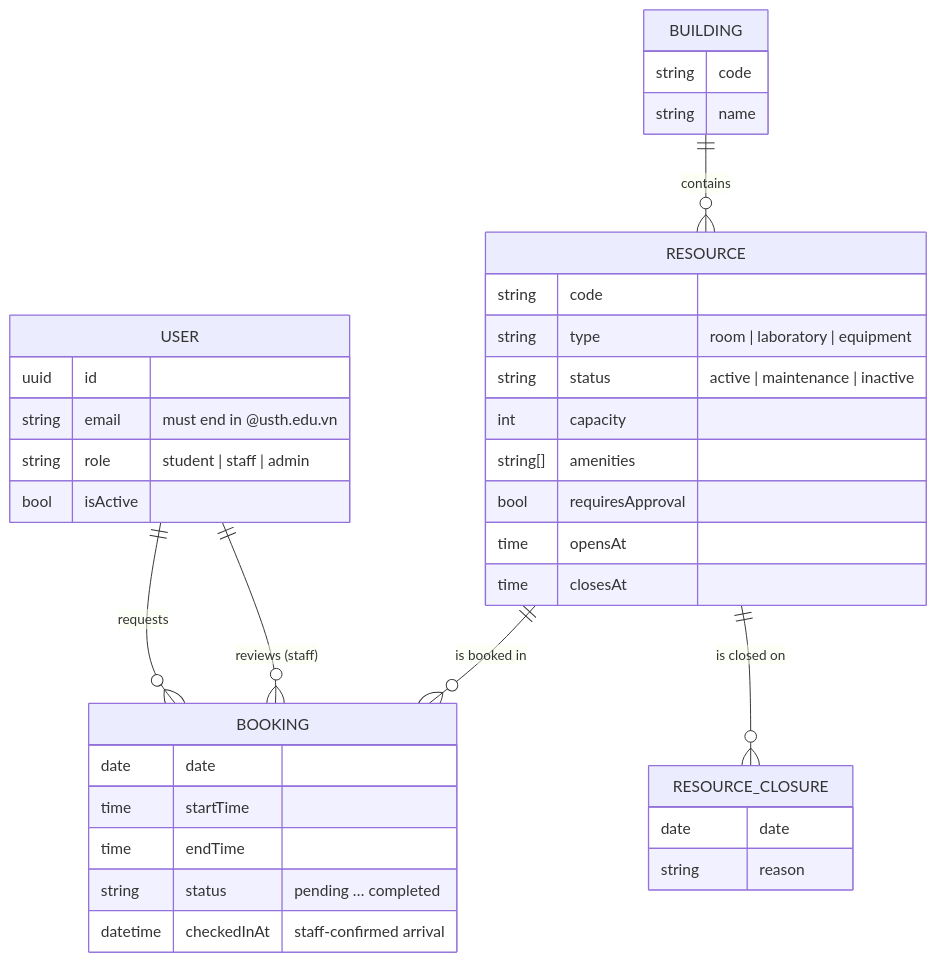
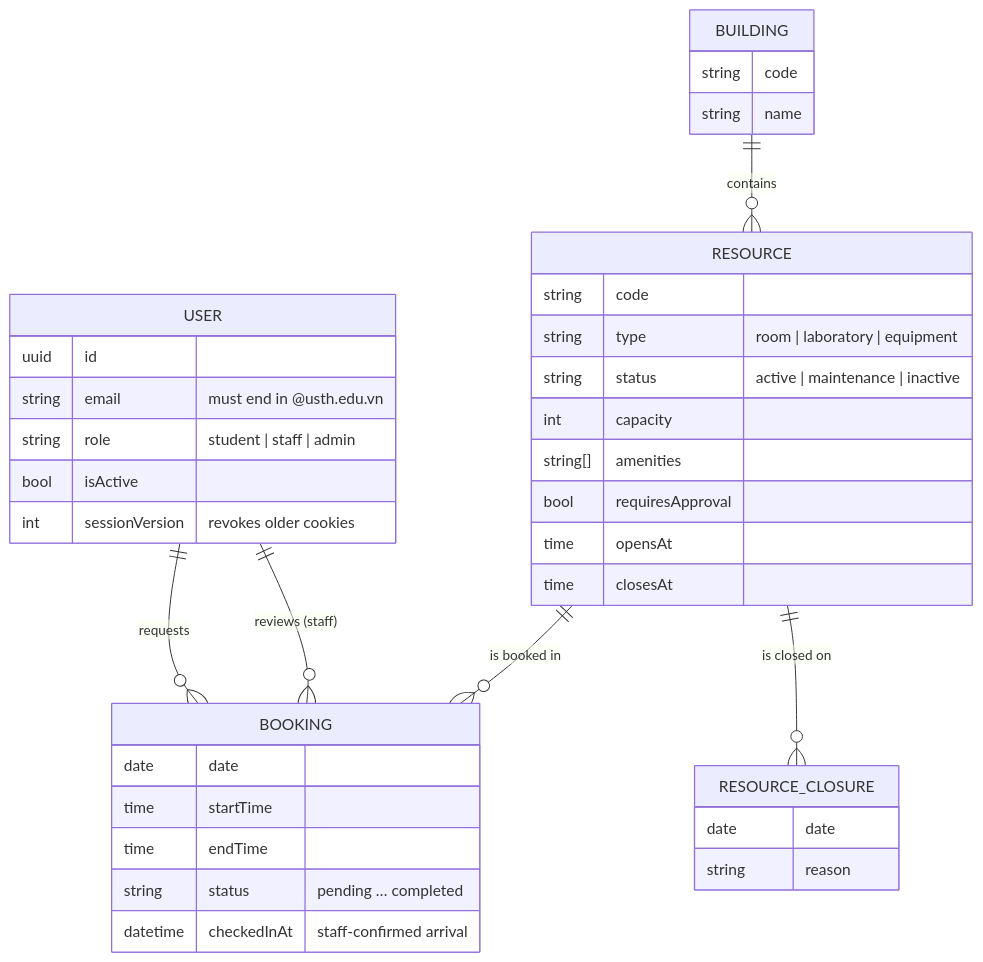
One commit to Nam-Antoine/campus-resource-booking changed the third of 4 diagrams in docs/presentation/2-architecture-and-api.md. Above: the diagram before and after it, drawn with Mermaid. The commit also changed other lines of this file and 13 other files, not shown here.

````diff
--- a/docs/presentation/2-architecture-and-api.md
+++ b/docs/presentation/2-architecture-and-api.md
@@ -48,40 +48,41 @@
 ```mermaid
 erDiagram
     USER ||--o{ BOOKING : "requests"
     USER ||--o{ BOOKING : "reviews (staff)"
     BUILDING ||--o{ RESOURCE : "contains"
     RESOURCE ||--o{ BOOKING : "is booked in"
     RESOURCE ||--o{ RESOURCE_CLOSURE : "is closed on"
 
     USER {
         uuid id
         string email "must end in @usth.edu.vn"
         string role "student | staff | admin"
         bool isActive
+        int sessionVersion "revokes older cookies"
     }
     BUILDING {
         string code
         string name
     }
     RESOURCE {
         string code
         string type "room | laboratory | equipment"
         string status "active | maintenance | inactive"
         int capacity
         string[] amenities
         bool requiresApproval
         time opensAt
         time closesAt
     }
     RESOURCE_CLOSURE {
         date date
         string reason
     }
     BOOKING {
         date date
         time startTime
         time endTime
         string status "pending … completed"
         datetime checkedInAt "staff-confirmed arrival"
     }
 ```
````
